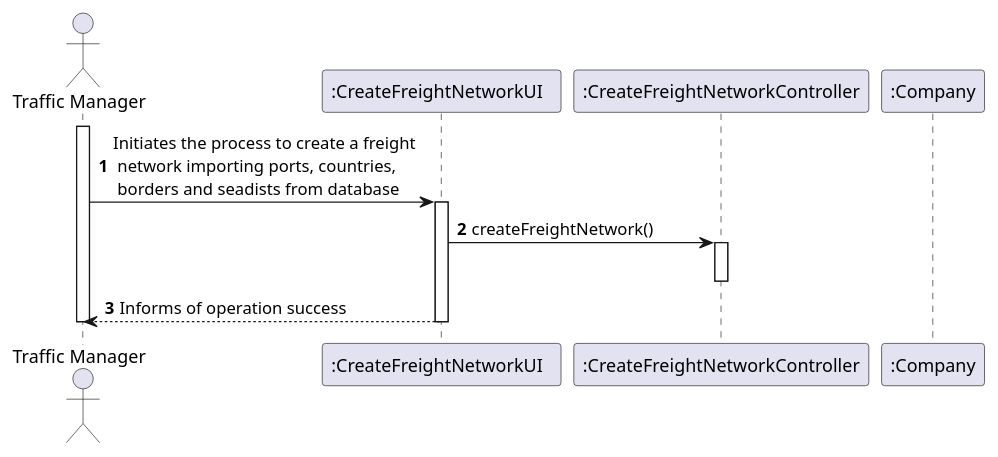
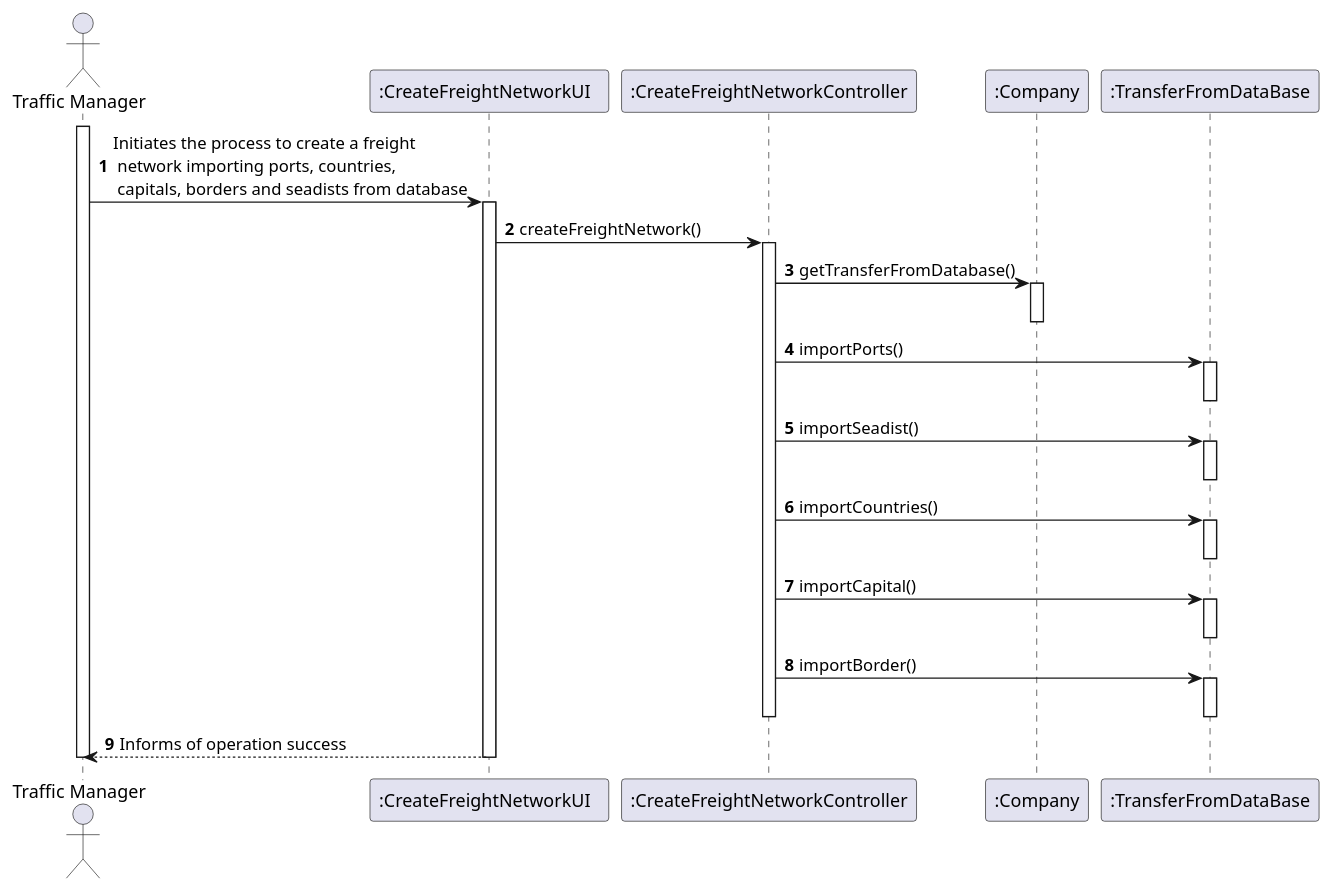
The diagram in docs/US301/US301_SD.puml (0franciscor/lapr3-2021-g042), drawn with PlantUML before and after one commit. The commit also changed 3 other files, not shown here.

```diff
--- a/docs/US301/US301_SD.puml
+++ b/docs/US301/US301_SD.puml
@@ -1,23 +1,42 @@
 @startuml
 'https://plantuml.com/sequence-diagram
 
 autonumber
 actor "Traffic Manager" as TM
 participant ":CreateFreightNetworkUI  " as UI
 participant ":CreateFreightNetworkController" as CTRL
 participant ":Company" as CMP
+participant ":TransferFromDataBase" as transfer
 
 
 activate TM
-TM -> UI: Initiates the process to create a freight \n network importing ports, countries,\n borders and seadists from database
+TM -> UI: Initiates the process to create a freight \n network importing ports, countries,\n capitals, borders and seadists from database
 activate UI
 UI -> CTRL : createFreightNetwork()
 activate CTRL
+CTRL -> CMP : getTransferFromDatabase()
+activate CMP
+deactivate CMP
+CTRL -> transfer : importPorts()
+activate transfer
+deactivate transfer
+CTRL -> transfer : importSeadist()
+activate transfer
+deactivate transfer
+CTRL -> transfer : importCountries()
+activate transfer
+deactivate transfer
+CTRL -> transfer : importCapital()
+activate transfer
+deactivate transfer
+CTRL -> transfer : importBorder()
+activate transfer
+deactivate transfer
 deactivate CTRL
 
 UI --> TM : Informs of operation success
 deactivate UI
 
 deactivate TM
 
 @enduml
```
